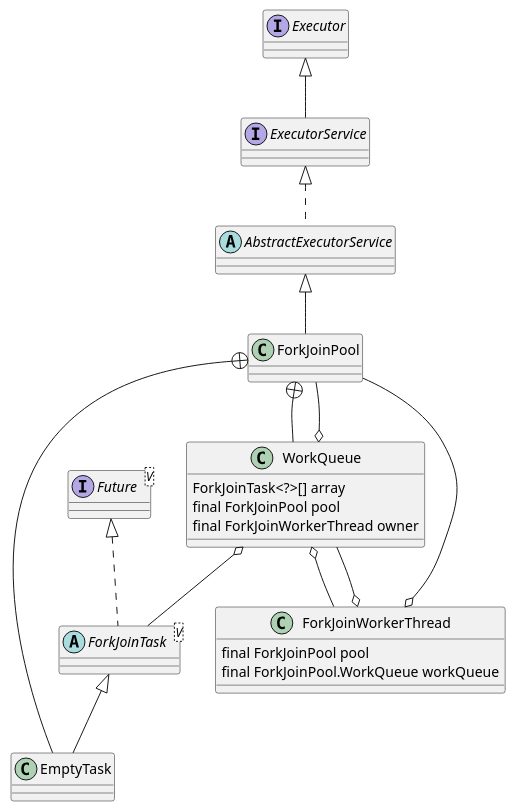
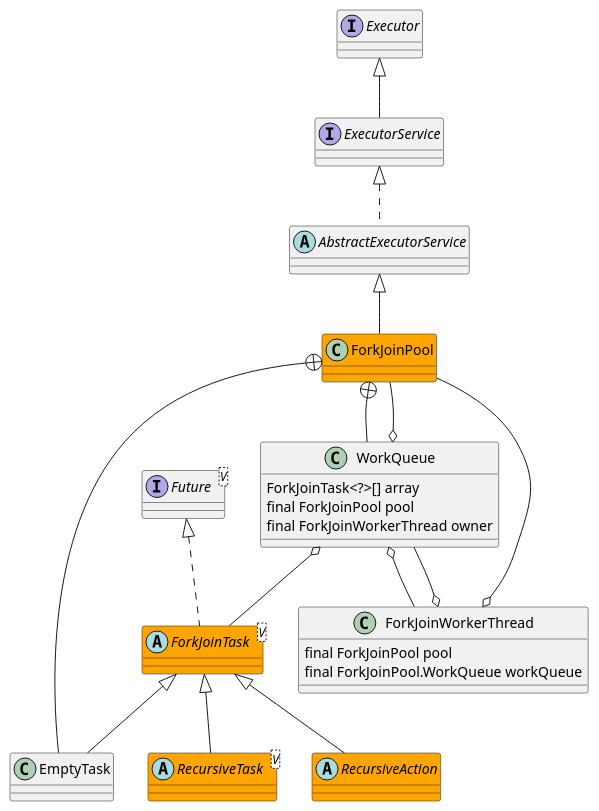
The diagram in docs/10-java/src/rt.jar.src/java/util/concurrent/ForkJoinPool.md (onlyonion/development), drawn with PlantUML before and after one commit. The commit also changed other lines of this file and 35 other files, not shown here.

````diff
--- a/docs/10-java/src/rt.jar.src/java/util/concurrent/ForkJoinPool.md
+++ b/docs/10-java/src/rt.jar.src/java/util/concurrent/ForkJoinPool.md
@@ -23,42 +23,47 @@
 ```plantuml
 @startuml
 
 interface Executor
 interface ExecutorService 
 abstract class AbstractExecutorService
 
 Executor ^-- ExecutorService
 ExecutorService ^.. AbstractExecutorService
 AbstractExecutorService ^-- ForkJoinPool
 
-class ForkJoinPool {
+class ForkJoinPool #orange {
 
 }
 
 ForkJoinPool +-- EmptyTask
 ForkJoinPool +-- WorkQueue
 
 interface Future<V>
-abstract class ForkJoinTask<V> 
+abstract class ForkJoinTask<V> #orange
+abstract class RecursiveTask<V> #orange
+abstract class RecursiveAction #orange
+class EmptyTask
+
 Future ^.. ForkJoinTask
 ForkJoinTask ^-- EmptyTask
-class EmptyTask
+ForkJoinTask ^-- RecursiveTask
+ForkJoinTask ^-- RecursiveAction
 
 class WorkQueue {
     ForkJoinTask<?>[] array
     final ForkJoinPool pool
     final ForkJoinWorkerThread owner
 }
 WorkQueue o-- ForkJoinTask
 WorkQueue o-- ForkJoinPool
 WorkQueue o-- ForkJoinWorkerThread
 
 class ForkJoinWorkerThread {
     final ForkJoinPool pool
     final ForkJoinPool.WorkQueue workQueue
 }
 ForkJoinWorkerThread o-- ForkJoinPool
 ForkJoinWorkerThread o-- WorkQueue
 
 @enduml
 ```
````
